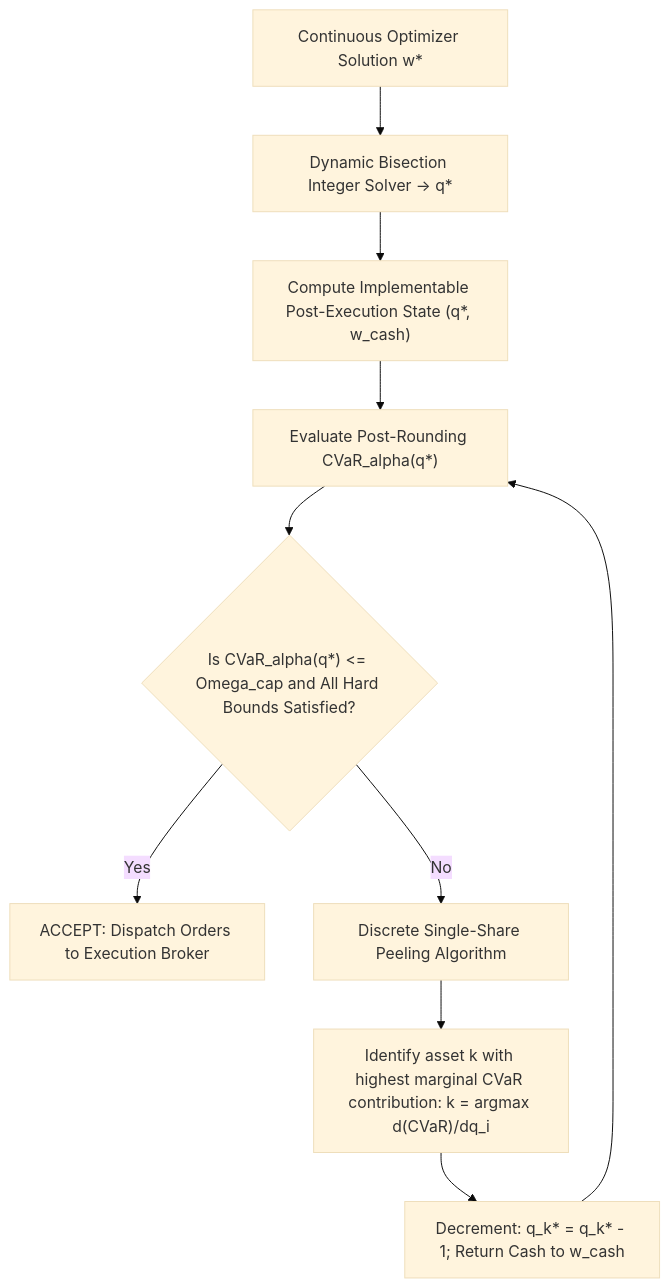
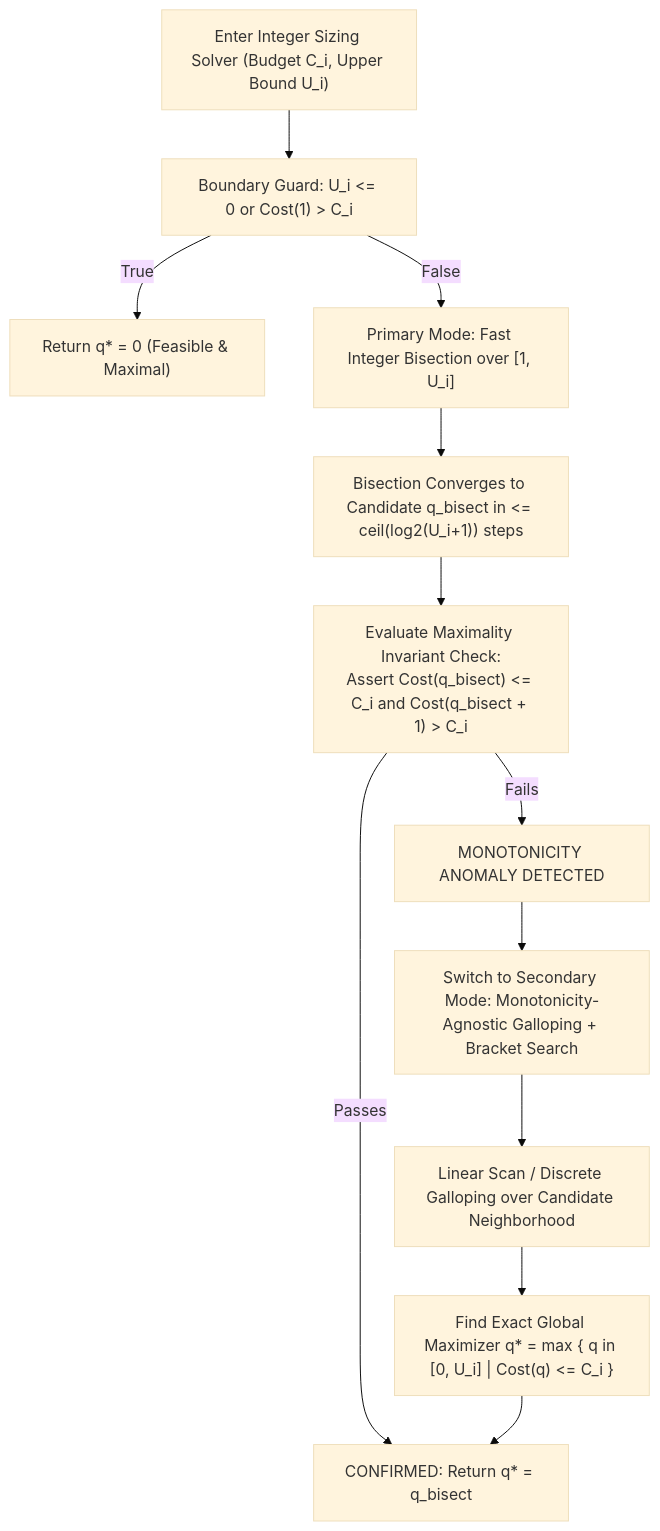
One commit to 2k25it2514261-cloud/alphaniti changed the third of 3 diagrams in README.md. Above: the diagram before and after it, drawn with Mermaid (base theme). The commit also changed other lines of this file, not shown here.

Commit message:
docs: release AlphaNiti v15.0 definitive mathematical specification (10/10 master closure)

````diff
--- a/README.md
+++ b/README.md
@@ -170,12 +148,14 @@
 ```mermaid
 flowchart TD
-    A["Continuous Optimizer Solution w*"] --> B["Dynamic Bisection Integer Solver -> q*"]
-    B --> C["Compute Implementable Post-Execution State (q*, w_cash)"]
-    C --> D["Evaluate Post-Rounding CVaR_alpha(q*)"]
-    D --> E{"Is CVaR_alpha(q*) <= Omega_cap and All Hard Bounds Satisfied?"}
-    E -- Yes --> F["ACCEPT: Dispatch Orders to Execution Broker"]
-    E -- No --> G["Discrete Single-Share Peeling Algorithm"]
-    G --> H["Identify asset k with highest marginal CVaR contribution: k = argmax d(CVaR)/dq_i"]
-    H --> I["Decrement: q_k* = q_k* - 1; Return Cash to w_cash"]
-    I --> D
+    A["Enter Integer Sizing Solver (Budget C_i, Upper Bound U_i)"] --> B["Boundary Guard: U_i <= 0 or Cost(1) > C_i"]
+    B -- True --> C["Return q* = 0 (Feasible & Maximal)"]
+    B -- False --> D["Primary Mode: Fast Integer Bisection over [1, U_i]"]
+    D --> E["Bisection Converges to Candidate q_bisect in <= ceil(log2(U_i+1)) steps"]
+    E --> F["Evaluate Maximality Invariant Check:<br>Assert Cost(q_bisect) <= C_i and Cost(q_bisect + 1) > C_i"]
+    F -- Passes --> G["CONFIRMED: Return q* = q_bisect"]
+    F -- Fails --> H["MONOTONICITY ANOMALY DETECTED"]
+    H --> I["Switch to Secondary Mode: Monotonicity-Agnostic Galloping + Bracket Search"]
+    I --> J["Linear Scan / Discrete Galloping over Candidate Neighborhood"]
+    J --> K["Find Exact Global Maximizer q* = max { q in [0, U_i] | Cost(q) <= C_i }"]
+    K --> G
 ```
````
